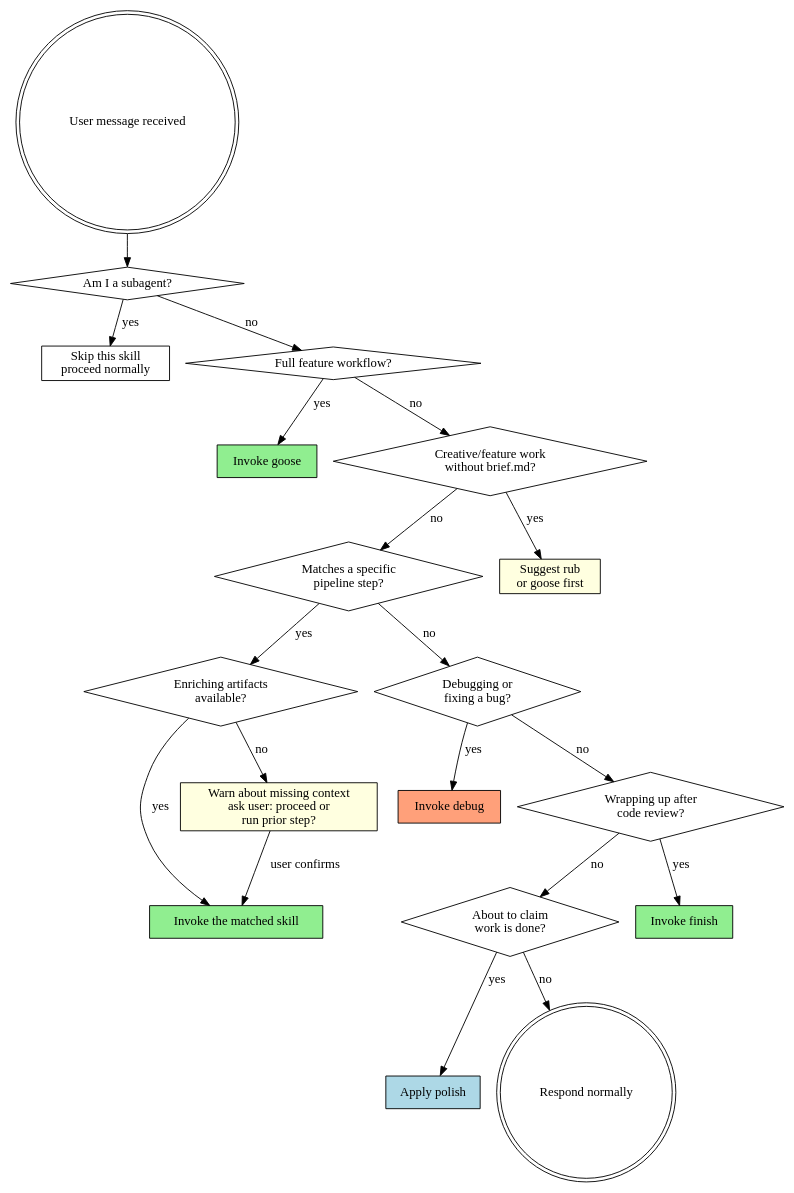
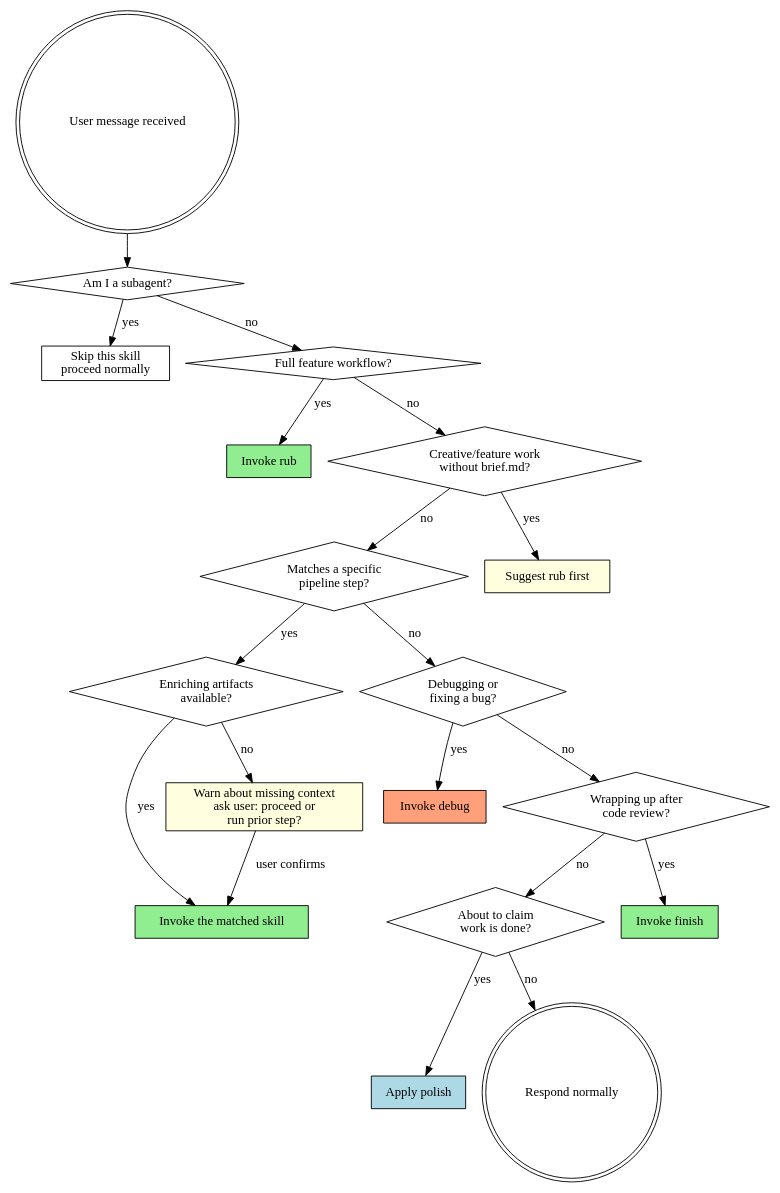
Before and after one commit to jhynsoo/genie-goose: the diagram in plugin/skills/lamp/SKILL.md, drawn with Graphviz. The commit also changed other lines of this file and 7 other files, not shown here.

````diff
--- a/plugin/skills/lamp/SKILL.md
+++ b/plugin/skills/lamp/SKILL.md
@@ -150,46 +148,46 @@
 ```dot
 digraph routing {
     rankdir=TB;
     node [shape=box];
 
     start [label="User message received" shape=doublecircle];
     is_subagent [label="Am I a subagent?" shape=diamond];
     skip [label="Skip this skill\nproceed normally" shape=box];
     full_pipeline [label="Full feature workflow?" shape=diamond];
-    goose [label="Invoke goose" shape=box style=filled fillcolor=lightgreen];
+    rub_pipeline [label="Invoke rub" shape=box style=filled fillcolor=lightgreen];
     specific_step [label="Matches a specific\npipeline step?" shape=diamond];
     check_prereqs [label="Enriching artifacts\navailable?" shape=diamond];
     invoke_skill [label="Invoke the matched skill" shape=box style=filled fillcolor=lightgreen];
     warn_missing [label="Warn about missing context\nask user: proceed or\nrun prior step?" shape=box style=filled fillcolor=lightyellow];
     is_completing [label="About to claim\nwork is done?" shape=diamond];
     polish [label="Apply polish" shape=box style=filled fillcolor=lightblue];
     normal [label="Respond normally" shape=doublecircle];
 
     start -> is_subagent;
     is_subagent -> skip [label="yes"];
     is_subagent -> full_pipeline [label="no"];
     needs_brainstorm [label="Creative/feature work\nwithout brief.md?" shape=diamond];
-    suggest_rub [label="Suggest rub\nor goose first" shape=box style=filled fillcolor=lightyellow];
+    suggest_rub [label="Suggest rub first" shape=box style=filled fillcolor=lightyellow];
 
-    full_pipeline -> goose [label="yes"];
+    full_pipeline -> rub_pipeline [label="yes"];
     full_pipeline -> needs_brainstorm [label="no"];
     needs_brainstorm -> suggest_rub [label="yes"];
     needs_brainstorm -> specific_step [label="no"];
     is_debugging [label="Debugging or\nfixing a bug?" shape=diamond];
     debug [label="Invoke debug" shape=box style=filled fillcolor=lightsalmon];
     is_wrapping_up [label="Wrapping up after\ncode review?" shape=diamond];
     finish [label="Invoke finish" shape=box style=filled fillcolor=lightgreen];
 
     specific_step -> check_prereqs [label="yes"];
     specific_step -> is_debugging [label="no"];
     check_prereqs -> invoke_skill [label="yes"];
     check_prereqs -> warn_missing [label="no"];
     warn_missing -> invoke_skill [label="user confirms"];
     is_debugging -> debug [label="yes"];
     is_debugging -> is_wrapping_up [label="no"];
     is_wrapping_up -> finish [label="yes"];
     is_wrapping_up -> is_completing [label="no"];
     is_completing -> polish [label="yes"];
     is_completing -> normal [label="no"];
 }
 ```
````
